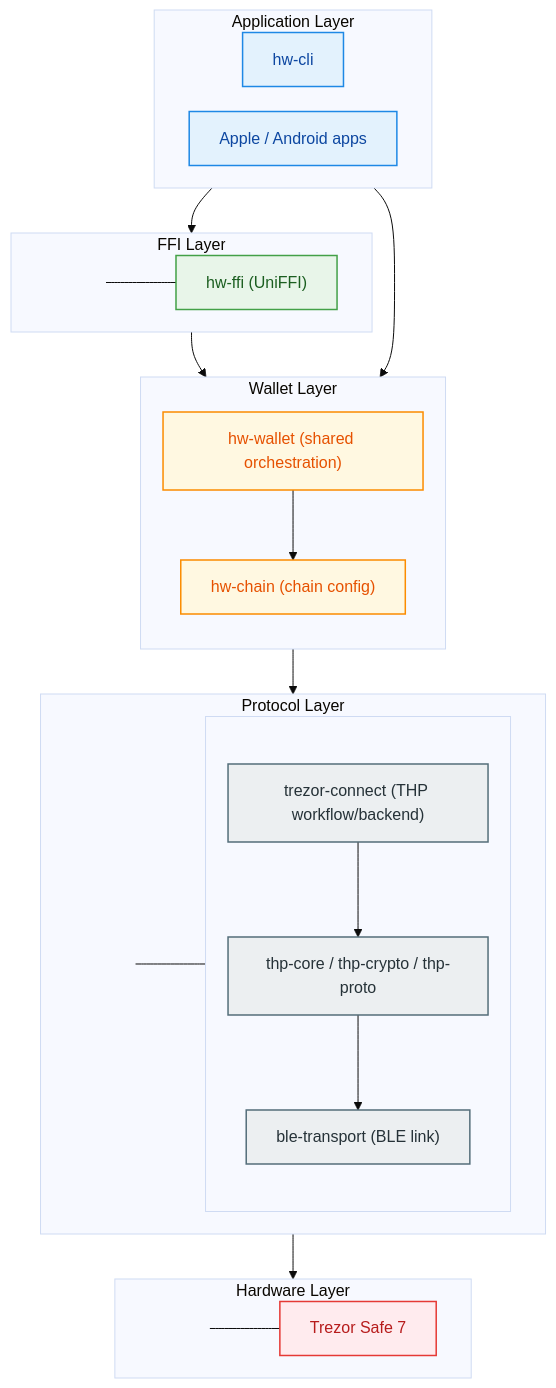
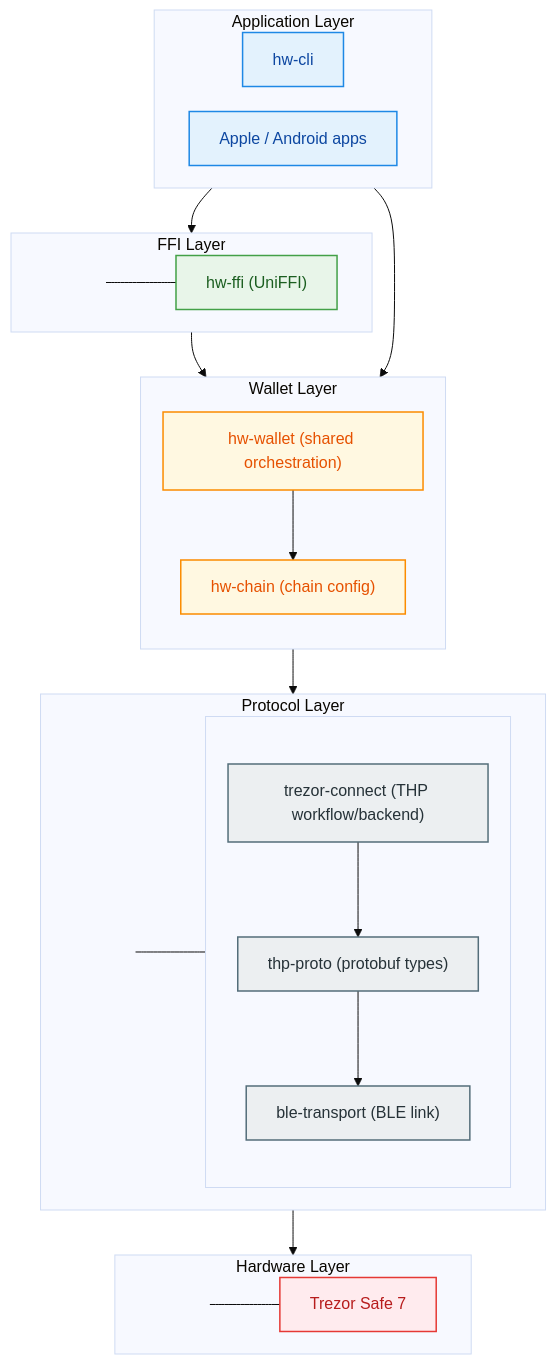
The diagram in README.md (hewigovens/hw-core), drawn with Mermaid before and after one commit. The commit also changed other lines of this file and 25 other files, not shown here.

First line of the commit message:
refactor: remove unused thp-core and thp-crypto crates

````diff
--- a/README.md
+++ b/README.md
@@ -23,64 +23,64 @@
 ```mermaid
 %%{init: {'theme':'base', 'flowchart': {'rankSpacing': 45, 'nodeSpacing': 25, 'curve': 'basis'}}}%%
 flowchart TB
   subgraph L1["Application Layer"]
     direction LR
     CLI["hw-cli"]
     APP["Apple / Android apps"]
   end
 
   subgraph L2["FFI Layer"]
     direction LR
     FFI_PAD[" "]
     FFI["hw-ffi (UniFFI)"]
     FFI_PAD --- FFI
   end
 
   subgraph L3["Wallet Layer"]
     direction TB
     WALLET["hw-wallet (shared orchestration)"]
     CHAIN["hw-chain (chain config)"]
     WALLET --> CHAIN
   end
 
   subgraph L4["Protocol Layer"]
     direction LR
     PROTO_PAD[" "]
     subgraph L4S[" "]
       direction TB
       CONNECT["trezor-connect (THP workflow/backend)"]
-      THP["thp-core / thp-crypto / thp-proto"]
+      THP["thp-proto (protobuf types)"]
       BLE["ble-transport (BLE link)"]
       CONNECT --> THP
       THP --> BLE
     end
     PROTO_PAD --- CONNECT
   end
 
   subgraph L5["Hardware Layer"]
     direction LR
     HW_PAD[" "]
     DEVICE["Trezor Safe 7"]
     HW_PAD --- DEVICE
   end
 
   CLI --> WALLET
   APP --> FFI_PAD
   FFI --> WALLET
   CHAIN --> PROTO_PAD
   BLE --> HW_PAD
 
   classDef appLayer fill:#E3F2FD,stroke:#1E88E5,color:#0D47A1,stroke-width:1.5px;
   classDef ffiLayer fill:#E8F5E9,stroke:#43A047,color:#1B5E20,stroke-width:1.5px;
   classDef walletLayer fill:#FFF8E1,stroke:#FB8C00,color:#E65100,stroke-width:1.5px;
   classDef protoLayer fill:#ECEFF1,stroke:#546E7A,color:#263238,stroke-width:1.5px;
   classDef hwLayer fill:#FFEBEE,stroke:#E53935,color:#B71C1C,stroke-width:1.5px;
   classDef spacer fill:transparent,stroke:transparent,color:transparent;
 
   class CLI,APP appLayer;
   class FFI ffiLayer;
   class WALLET,CHAIN walletLayer;
   class CONNECT,BLE,THP protoLayer;
   class DEVICE hwLayer;
   class FFI_PAD,PROTO_PAD,HW_PAD spacer;
 ```
````
